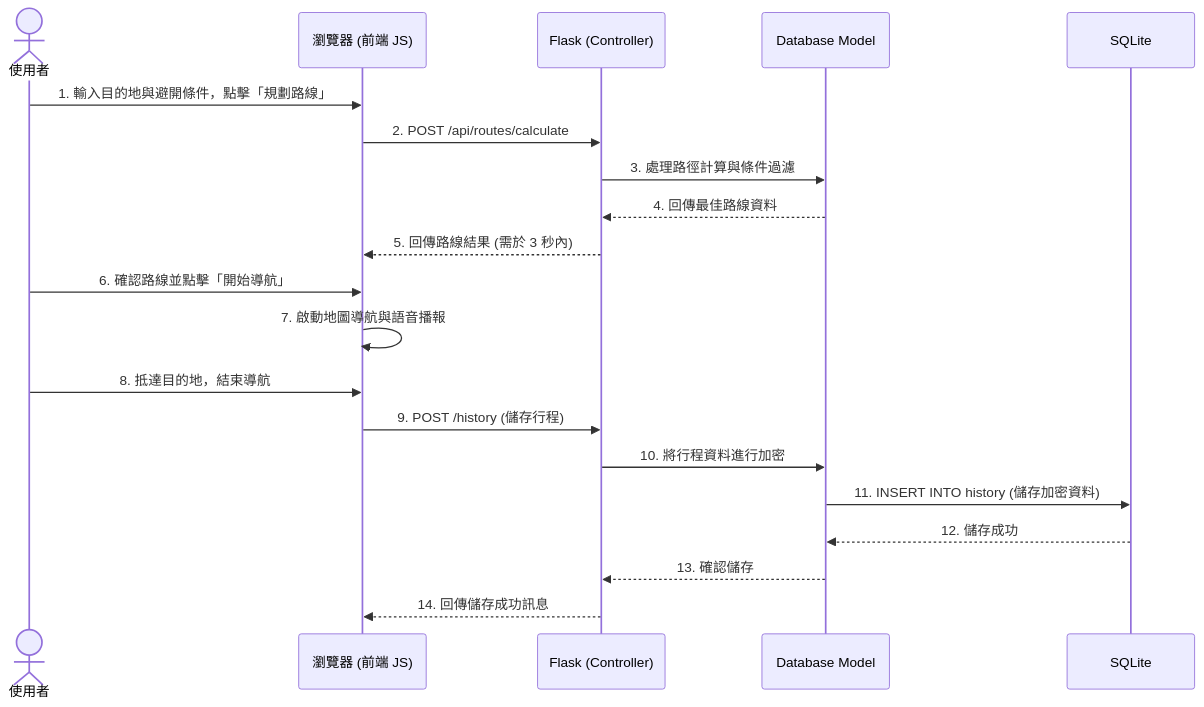
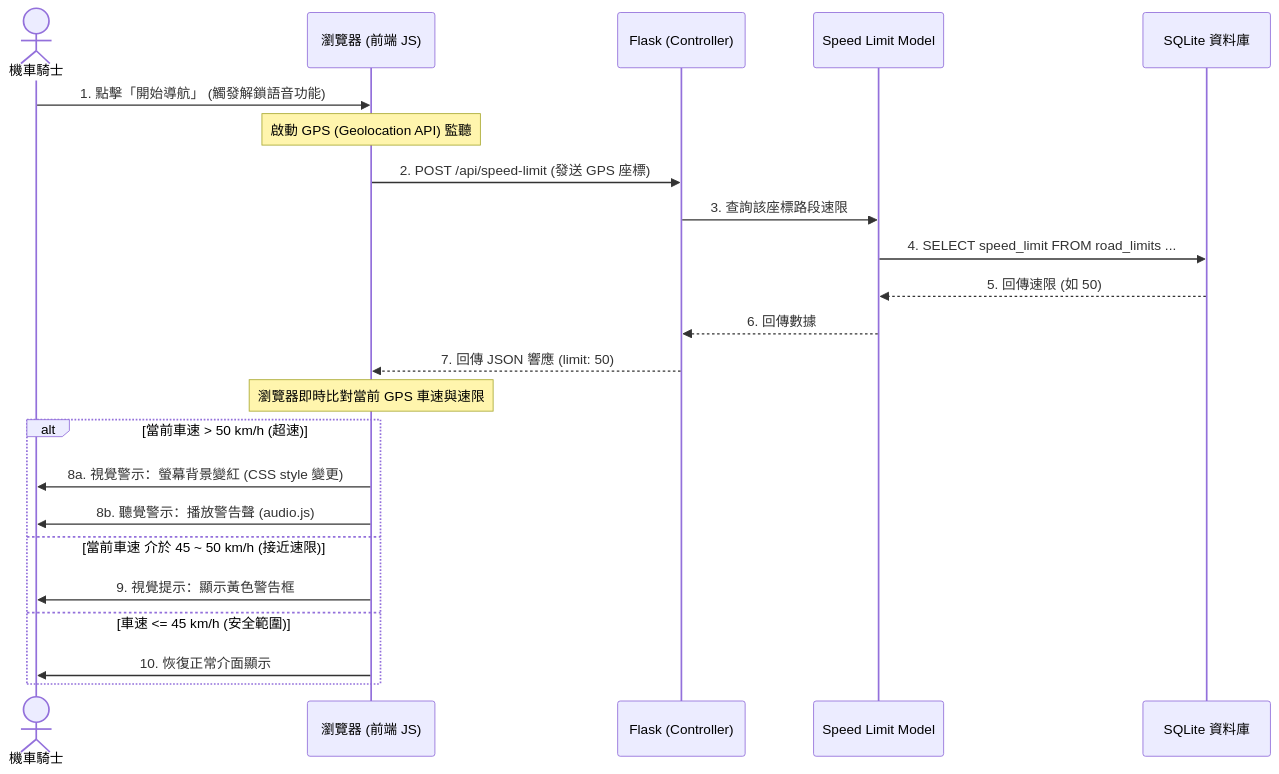
The second of 3 diagrams in docs/FLOWCHART.md (tela1111222-spec/googlemaps), drawn with Mermaid before and after one commit. The commit also changed other lines of this file, not shown here.

Commit message:
docs: add user flowchart

````diff
--- a/docs/FLOWCHART.md
+++ b/docs/FLOWCHART.md
@@ -34,25 +46,27 @@
 ```mermaid
 sequenceDiagram
-    actor User as 使用者
+    actor User as 機車騎士
     participant Browser as 瀏覽器 (前端 JS)
     participant Flask as Flask (Controller)
-    participant Model as Database Model
-    participant DB as SQLite
+    participant Model as Speed Limit Model
+    participant DB as SQLite 資料庫
 
-    User->>Browser: 1. 輸入目的地與避開條件，點擊「規劃路線」
-    Browser->>Flask: 2. POST /api/routes/calculate
-    Flask->>Model: 3. 處理路徑計算與條件過濾
-    Model-->>Flask: 4. 回傳最佳路線資料
-    Flask-->>Browser: 5. 回傳路線結果 (需於 3 秒內)
+    User->>Browser: 1. 點擊「開始導航」 (觸發解鎖語音功能)
+    Note over Browser: 啟動 GPS (Geolocation API) 監聽
+    Browser->>Flask: 2. POST /api/speed-limit (發送 GPS 座標)
+    Flask->>Model: 3. 查詢該座標路段速限
+    Model->>DB: 4. SELECT speed_limit FROM road_limits ...
+    DB-->>Model: 5. 回傳速限 (如 50)
+    Model-->>Flask: 6. 回傳數據
+    Flask-->>Browser: 7. 回傳 JSON 響應 (limit: 50)
     
-    User->>Browser: 6. 確認路線並點擊「開始導航」
-    Browser->>Browser: 7. 啟動地圖導航與語音播報
-    
-    User->>Browser: 8. 抵達目的地，結束導航
-    Browser->>Flask: 9. POST /history (儲存行程)
-    Flask->>Model: 10. 將行程資料進行加密
-    Model->>DB: 11. INSERT INTO history (儲存加密資料)
-    DB-->>Model: 12. 儲存成功
-    Model-->>Flask: 13. 確認儲存
-    Flask-->>Browser: 14. 回傳儲存成功訊息
+    Note over Browser: 瀏覽器即時比對當前 GPS 車速與速限
+    alt 當前車速 > 50 km/h (超速)
+        Browser->>User: 8a. 視覺警示：螢幕背景變紅 (CSS style 變更)
+        Browser->>User: 8b. 聽覺警示：播放警告聲 (audio.js)
+    else 當前車速 介於 45 ~ 50 km/h (接近速限)
+        Browser->>User: 9. 視覺提示：顯示黃色警告框
+    else 車速 <= 45 km/h (安全範圍)
+        Browser->>User: 10. 恢復正常介面顯示
+    end
 ```
````
